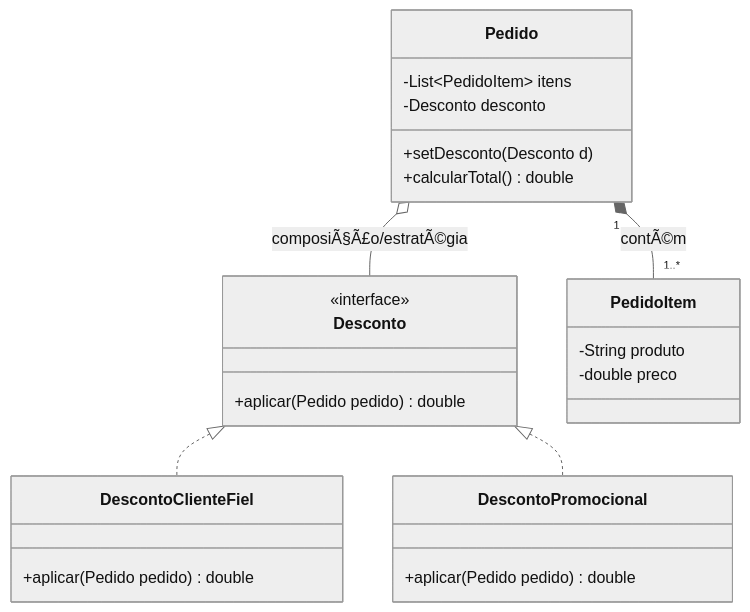
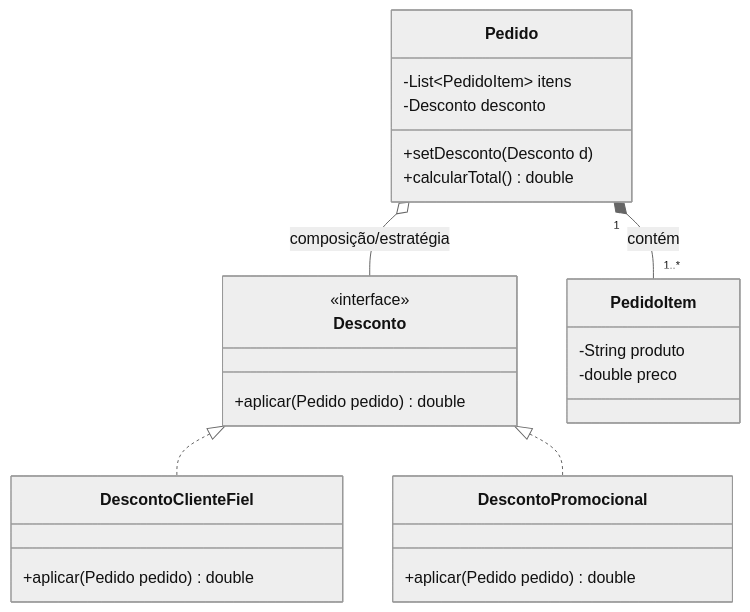
One commit to ProfBezerra/T200-ProjArqSist changed the first of 2 diagrams in apostilas-grasp/polymorphism.md. Above: the diagram before and after it, drawn with Mermaid (neutral theme). The commit also changed other lines of this file and 4 other files, not shown here.

````diff
--- a/apostilas-grasp/polymorphism.md
+++ b/apostilas-grasp/polymorphism.md
@@ -79,32 +79,32 @@
 ```mermaid
 classDiagram
   class Desconto {
     <<interface>>
     +aplicar(Pedido pedido) double
   }
 
   class DescontoClienteFiel {
     +aplicar(Pedido pedido) double
   }
 
   class DescontoPromocional {
     +aplicar(Pedido pedido) double
   }
 
   class Pedido {
     -List~PedidoItem~ itens
     -Desconto desconto
     +setDesconto(Desconto d)
     +calcularTotal() double
   }
 
     class PedidoItem {
         -String produto
         -double preco
     }
 
   Desconto <|.. DescontoClienteFiel
   Desconto <|.. DescontoPromocional
-  Pedido o-- Desconto : composiÃ§Ã£o/estratÃ©gia
-    Pedido "1" *-- "1..*" PedidoItem : contÃ©m
+  Pedido o-- Desconto : composição/estratégia
+    Pedido "1" *-- "1..*" PedidoItem : contém
 ```
````
